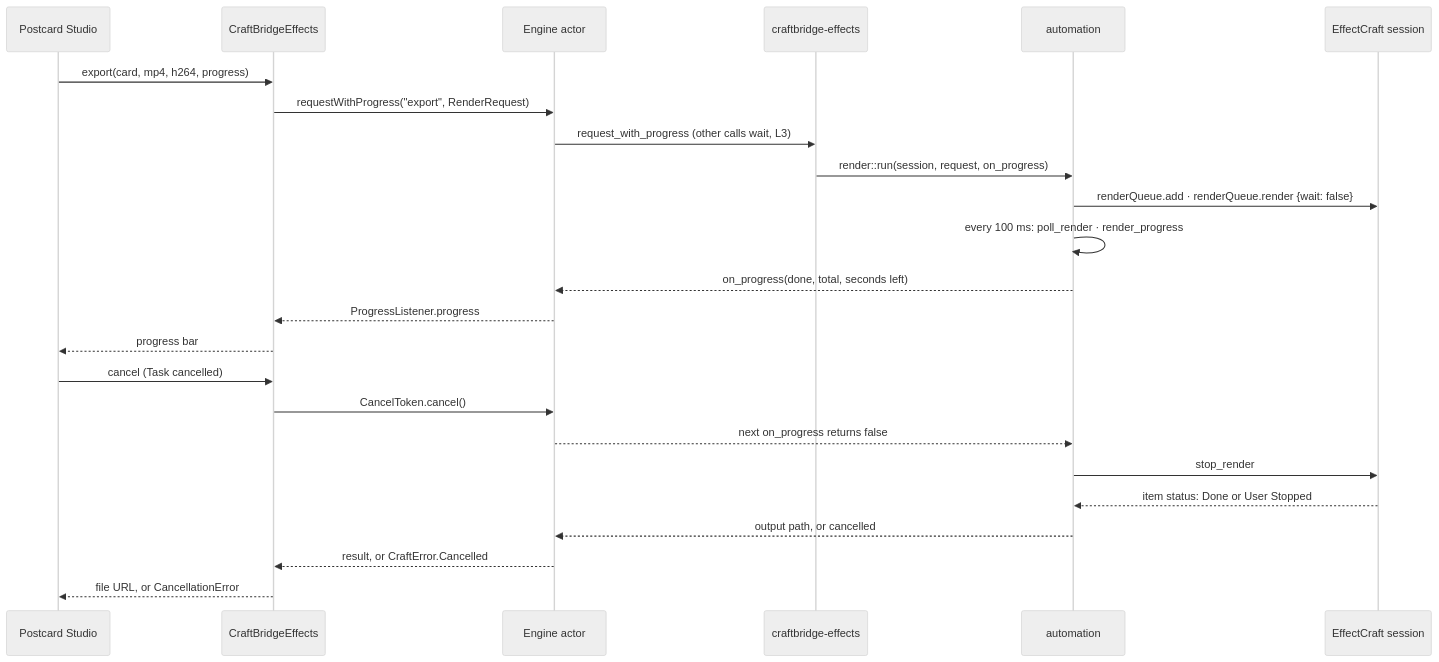
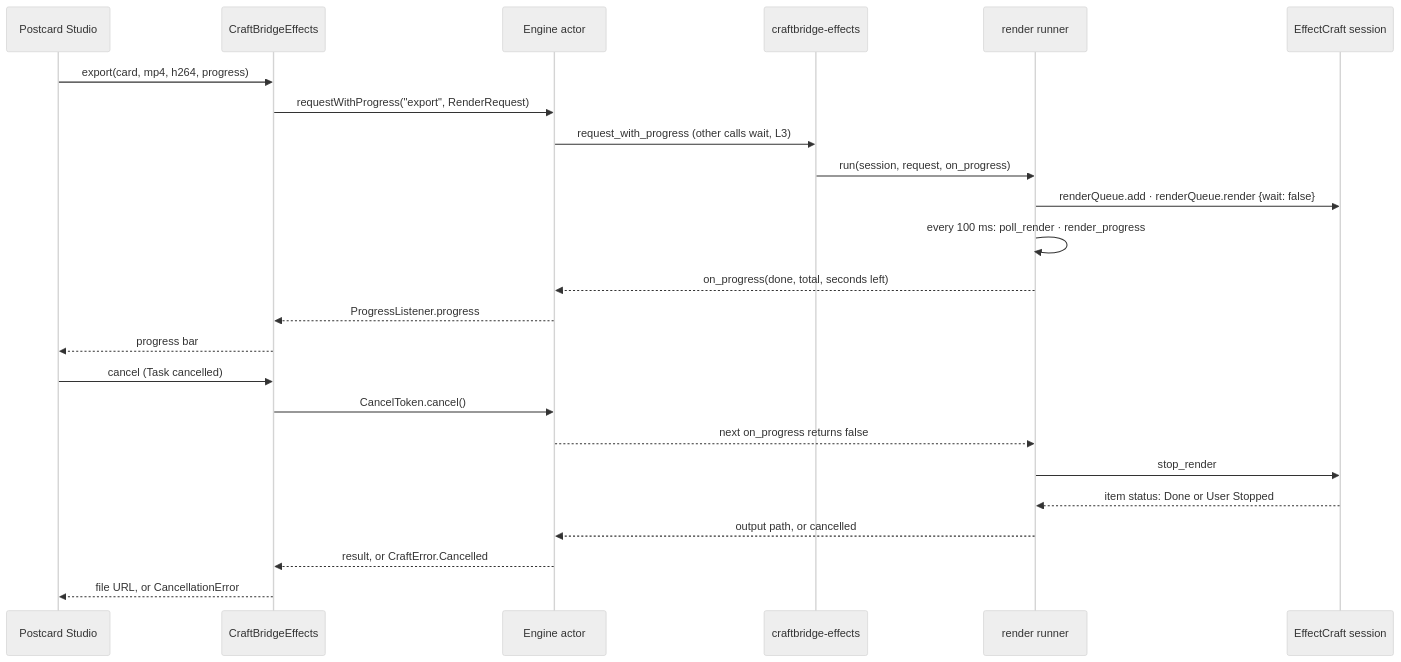
One commit to ChristopherLinnett/craftbridge changed the diagram in plan/modules/effectcraft-app-crate.md. Above: the diagram before and after it, drawn with Mermaid (neutral theme). The commit also changed other lines of this file and 2271 other files, not shown here.

````diff
--- a/plan/modules/effectcraft-app-crate.md
+++ b/plan/modules/effectcraft-app-crate.md
@@ -27,27 +32,27 @@
 ```mermaid
-%% @drawio d05-main-flow | Maya's export, call by call: the typed Swift call becomes one request; EffectCraft's own render code queues, renders and reports progress through the engine actor until done or cancelled.
+%% @drawio d05-main-flow | Maya's export, call by call: the typed Swift call becomes one request; CraftBridge's render runner drives EffectCraft's own render queue and reports progress through the engine actor until done or cancelled.
 sequenceDiagram
   participant App as Postcard Studio
   participant SW as CraftBridgeEffects
   participant EN as Engine actor
   participant FX as craftbridge-effects
-  participant AU as automation
+  participant AU as render runner
   participant SE as EffectCraft session
   App->>SW: export(card, mp4, h264, progress)
   SW->>EN: requestWithProgress("export", RenderRequest)
   EN->>FX: request_with_progress (other calls wait, L3)
-  FX->>AU: render::run(session, request, on_progress)
+  FX->>AU: run(session, request, on_progress)
   AU->>SE: renderQueue.add · renderQueue.render {wait: false}
   AU->>AU: every 100 ms: poll_render · render_progress
   AU-->>EN: on_progress(done, total, seconds left)
   EN-->>SW: ProgressListener.progress
   SW-->>App: progress bar
   App->>SW: cancel (Task cancelled)
   SW->>EN: CancelToken.cancel()
   EN-->>AU: next on_progress returns false
   AU->>SE: stop_render
   SE-->>AU: item status: Done or User Stopped
   AU-->>EN: output path, or cancelled
   EN-->>SW: result, or CraftError.Cancelled
   SW-->>App: file URL, or CancellationError
 ```
````
